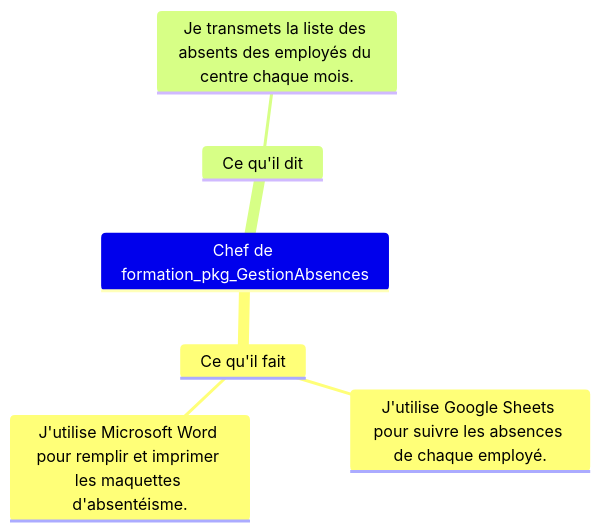
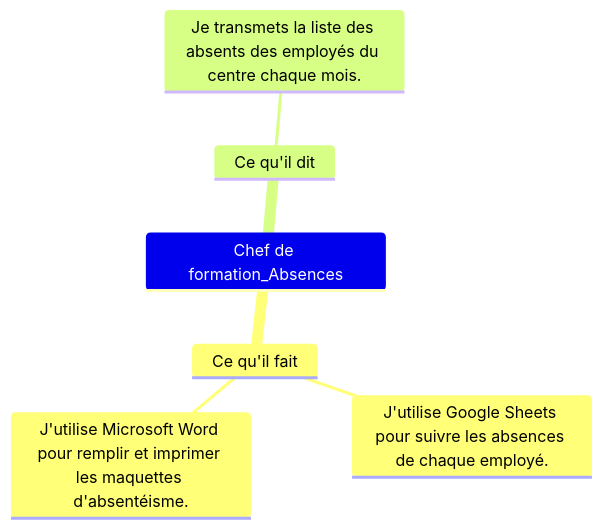
The diagram in modélisation/pkg_GestionAbsences/empathie-chef_de_formation.mmd (hamidAchaou/gestion-personnels), drawn with Mermaid before and after one commit. The commit also changed 3 other files, not shown here.

```diff
--- a/modélisation/pkg_GestionAbsences/empathie-chef_de_formation.mmd
+++ b/modélisation/pkg_GestionAbsences/empathie-chef_de_formation.mmd
@@ -1,8 +1,8 @@
 %% @config(../mindmap-config.json)
 mindmap
-    Chef de formation_pkg_GestionAbsences
+    Chef de formation_Absences
         Ce qu'il fait
             J'utilise Google Sheets pour suivre les absences de chaque employé.
             J'utilise Microsoft Word pour remplir et imprimer les maquettes d'absentéisme.
         Ce qu'il dit
             Je transmets la liste des absents des employés du centre chaque mois.
```
